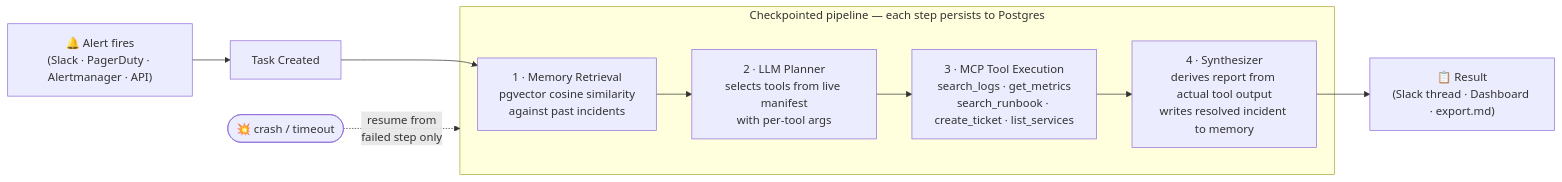
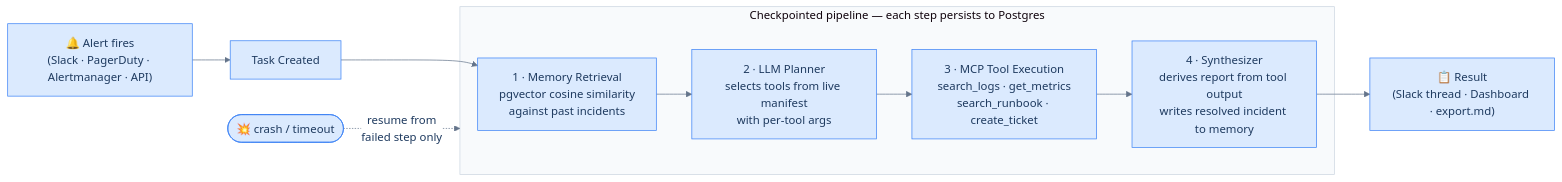
The first of 2 diagrams in README.md (theprodsde/agentcore), drawn with Mermaid before and after one commit. The commit also changed other lines of this file, not shown here.

````diff
--- a/README.md
+++ b/README.md
@@ -151,17 +154,40 @@
 ```mermaid
+%%{init: {'theme': 'base', 'themeVariables': {
+  'primaryColor': '#dbeafe',
+  'primaryTextColor': '#1e3a5f',
+  'primaryBorderColor': '#3b82f6',
+  'lineColor': '#64748b',
+  'secondaryColor': '#ede9fe',
+  'tertiaryColor': '#f0fdf4',
+  'clusterBkg': '#f8fafc',
+  'clusterBorder': '#cbd5e1',
+  'edgeLabelBackground': '#ffffff',
+  'fontFamily': 'ui-sans-serif, system-ui, sans-serif'
+}}}%%
 flowchart LR
-    A["🔔 Alert fires\n(Slack · PagerDuty · Alertmanager · API)"] --> B[Task Created]
+    A["🔔 Alert fires
+(Slack · PagerDuty · Alertmanager · API)"] --> B[Task Created]
     B --> S1
 
     subgraph pipeline ["Checkpointed pipeline — each step persists to Postgres"]
-        S1["1 · Memory Retrieval\npgvector cosine similarity\nagainst past incidents"]
-        S2["2 · LLM Planner\nselects tools from live manifest\nwith per-tool args"]
-        S3["3 · MCP Tool Execution\nsearch_logs · get_metrics\nsearch_runbook · create_ticket · list_services"]
-        S4["4 · Synthesizer\nderives report from actual tool output\nwrites resolved incident to memory"]
+        S1["1 · Memory Retrieval
+pgvector cosine similarity
+against past incidents"]
+        S2["2 · LLM Planner
+selects tools from live manifest
+with per-tool args"]
+        S3["3 · MCP Tool Execution
+search_logs · get_metrics
+search_runbook · create_ticket"]
+        S4["4 · Synthesizer
+derives report from tool output
+writes resolved incident to memory"]
         S1 --> S2 --> S3 --> S4
     end
 
-    S4 --> R["📋 Result\n(Slack thread · Dashboard · export.md)"]
+    S4 --> R["📋 Result
+(Slack thread · Dashboard · export.md)"]
 
-    crash(["💥 crash / timeout"]) -. "resume from\nfailed step only" .-> pipeline
+    crash(["💥 crash / timeout"]) -. "resume from
+failed step only" .-> pipeline
 ```
````
